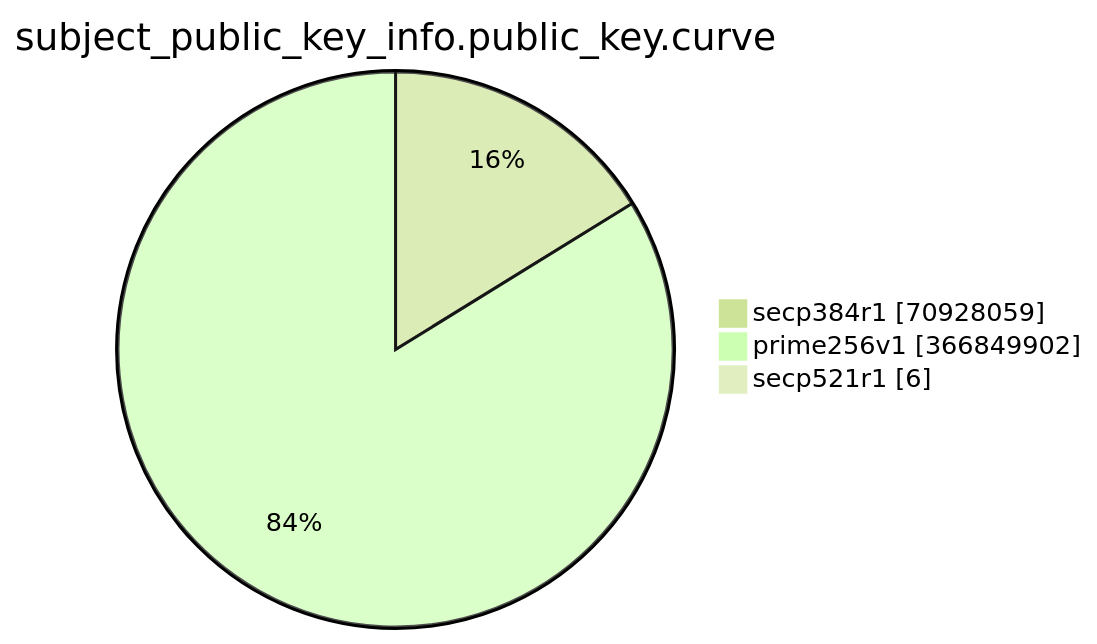
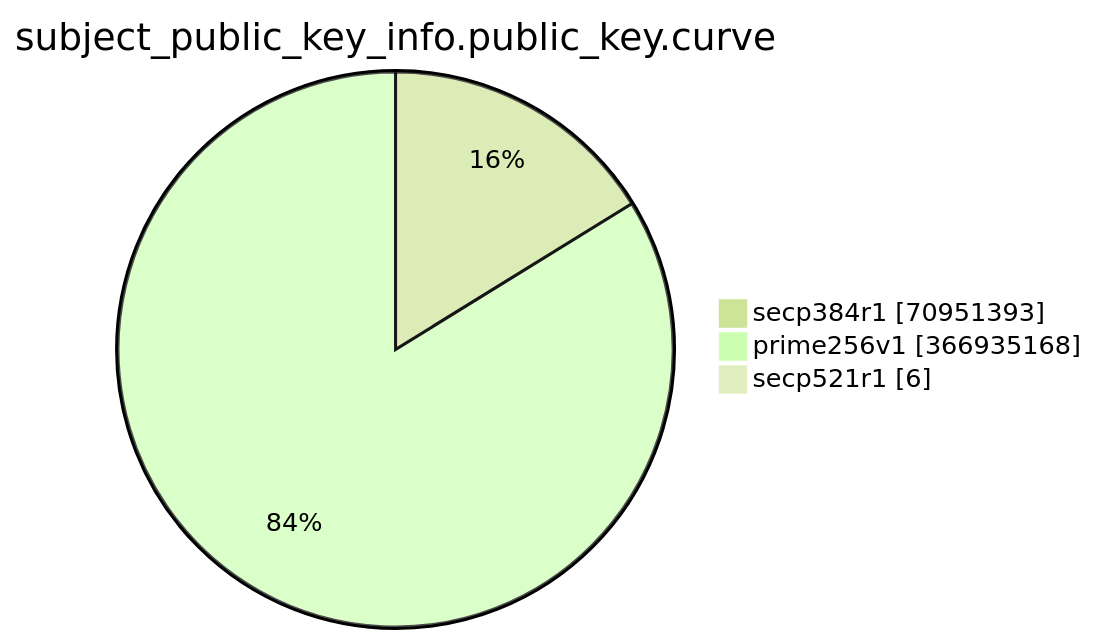
The eighth of 15 diagrams in TOTAL/README.md (christiankrug/ctmonitor_visualization), drawn with Mermaid (forest theme) before and after one commit. The commit also changed other lines of this file, not shown here.

````diff
--- a/TOTAL/README.md
+++ b/TOTAL/README.md
@@ -3092,7 +3092,7 @@
 ```mermaid
 pie showData
 title subject_public_key_info.public_key.curve
-"secp384r1" :70928059
-"prime256v1" :366849902
+"secp384r1" :70951393
+"prime256v1" :366935168
 "secp521r1" :6
 ```
````
